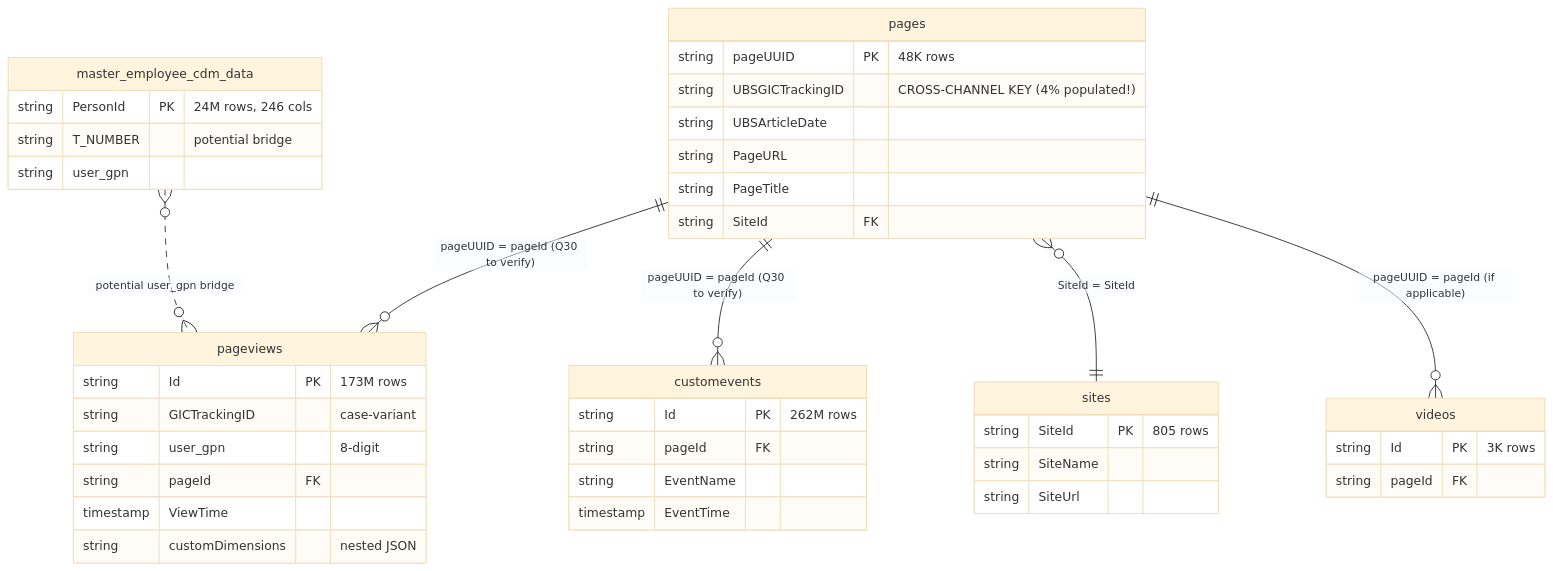
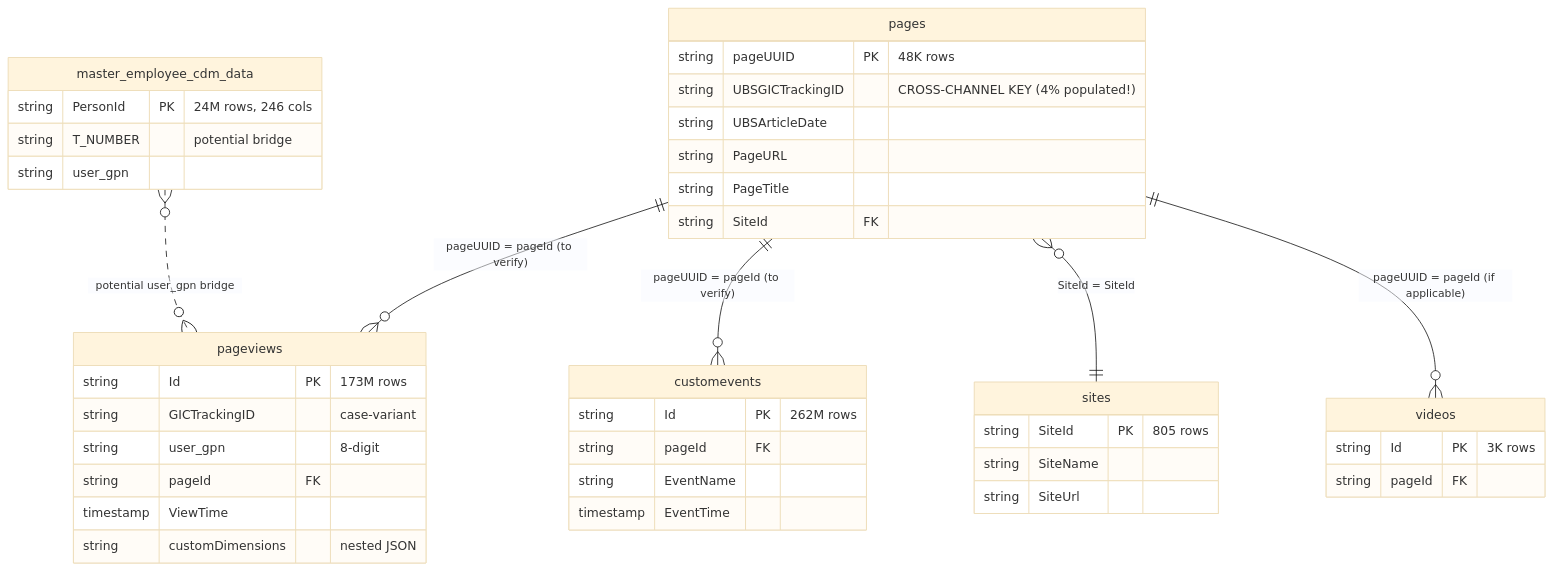
One commit to dallmi/Databricks changed the diagram in docs/diagrams/er_sharepoint_bronze.md. Above: the diagram before and after it, drawn with Mermaid (base theme). The commit also changed other lines of this file and 55 other files, not shown here.

````diff
--- a/docs/diagrams/er_sharepoint_bronze.md
+++ b/docs/diagrams/er_sharepoint_bronze.md
@@ -9,45 +9,45 @@
 ```mermaid
 erDiagram
-    pages      ||--o{ pageviews    : "pageUUID = pageId (Q30 to verify)"
-    pages      ||--o{ customevents : "pageUUID = pageId (Q30 to verify)"
+    pages      ||--o{ pageviews    : "pageUUID = pageId (to verify)"
+    pages      ||--o{ customevents : "pageUUID = pageId (to verify)"
     pages      }o--|| sites        : "SiteId = SiteId"
     pages      ||--o{ videos       : "pageUUID = pageId (if applicable)"
     master_employee_cdm_data }o..o{ pageviews : "potential user_gpn bridge"
 
     pages {
         string pageUUID PK "48K rows"
         string UBSGICTrackingID "CROSS-CHANNEL KEY (4% populated!)"
         string UBSArticleDate
         string PageURL
         string PageTitle
         string SiteId FK
     }
     pageviews {
         string Id PK "173M rows"
         string GICTrackingID "case-variant"
         string user_gpn "8-digit"
         string pageId FK
         timestamp ViewTime
         string customDimensions "nested JSON"
     }
     customevents {
         string Id PK "262M rows"
         string pageId FK
         string EventName
         timestamp EventTime
     }
     sites {
         string SiteId PK "805 rows"
         string SiteName
         string SiteUrl
     }
     videos {
         string Id PK "3K rows"
         string pageId FK
     }
     master_employee_cdm_data {
         string PersonId PK "24M rows, 246 cols"
         string T_NUMBER "potential bridge"
         string user_gpn
     }
 ```
````
